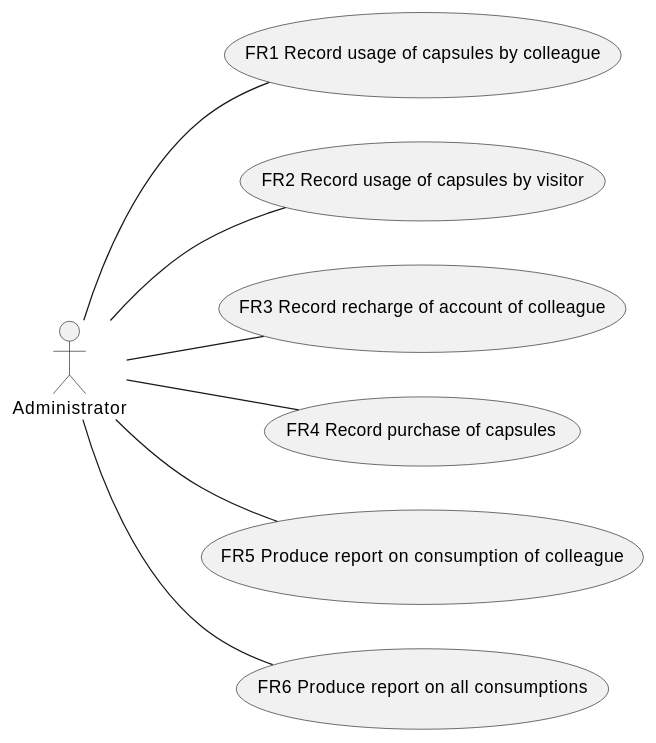
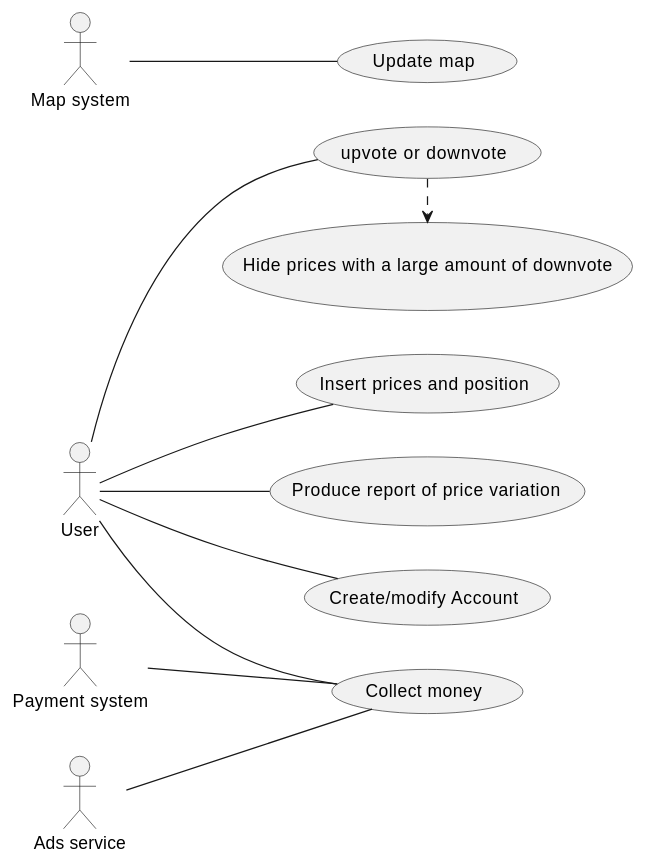
The second of 2 diagrams in REQ_s271819.md (SoftengPoliTo/Lab2), drawn with PlantUML before and after one commit. The commit also changed other lines of this file, not shown here.

````diff
--- a/REQ_s271819.md
+++ b/REQ_s271819.md
@@ -114,10 +102,27 @@
 ```plantuml
+@startuml
 left to right direction
-actor Administrator as a
-a -- (FR1  Record usage of capsules by colleague)
-a -- (FR2 Record usage of capsules by visitor)
-a -- (FR3 Record recharge of account of colleague)
-a -- (FR4 Record purchase of capsules)
-a -- (FR5 Produce report on consumption of colleague)
-a -- (FR6 Produce report on all consumptions)
+actor User as a
+actor "Map system" as m
+actor "Payment system" as p
+actor "Ads service" as ad
+
+(Insert prices and position) as FR1
+(upvote or downvote) as FR2
+(Hide prices with a large amount of downvote) as FR3
+(Produce report of price variation) as FR4
+(Create/modify Account) as FR5
+(Collect money) as FR6
+(Update map) as FR7
+
+a -- FR1
+a -- FR2
+FR2 .> FR3
+a -- FR5
+m -- FR7
+p -- FR6
+ad -- FR6
+a -- FR6
+a -- FR4
+@enduml
 ```
````
